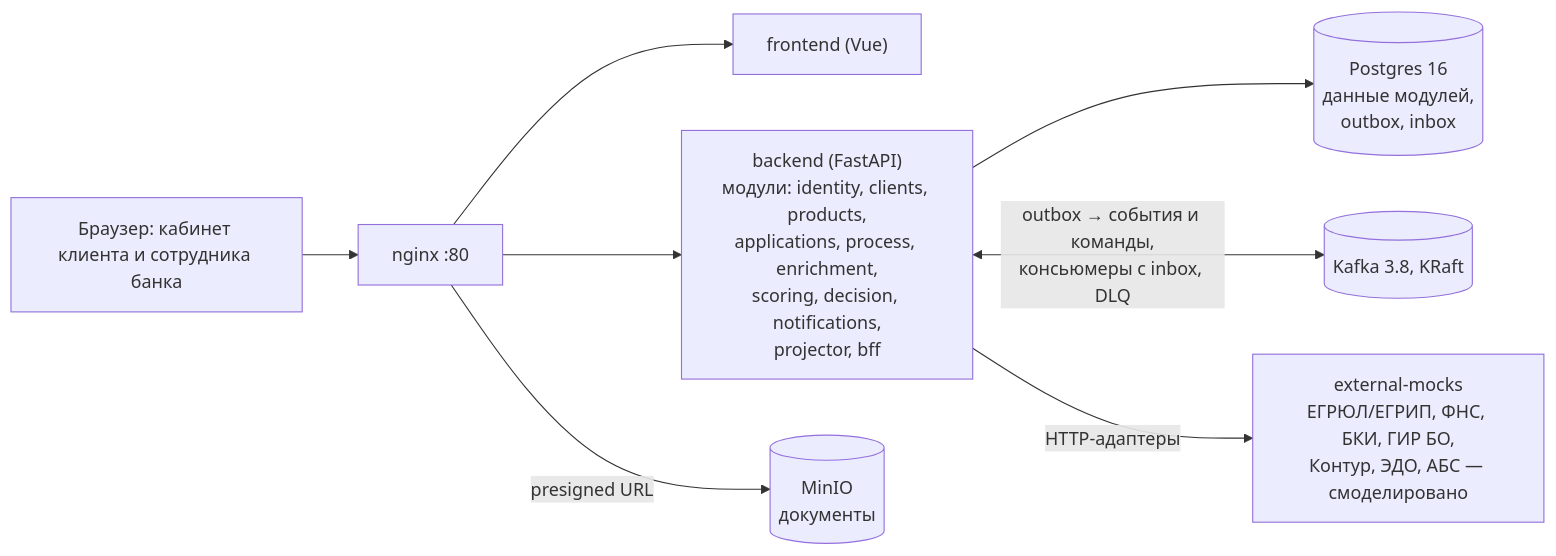
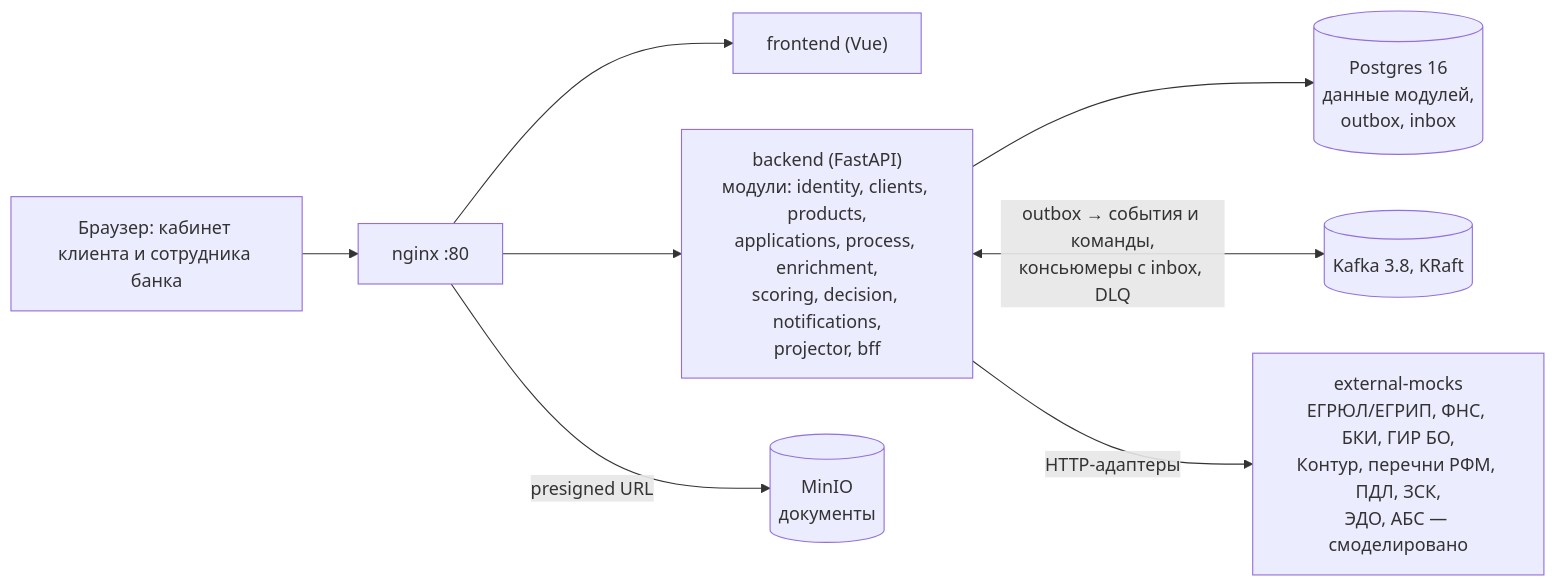
The diagram in README.md (1nsanexeEZ/hackaton_alfabank_2026), drawn with Mermaid before and after one commit. The commit also changed other lines of this file and 5 other files, not shown here.

````diff
--- a/README.md
+++ b/README.md
@@ -24,10 +24,10 @@
 ```mermaid
 flowchart LR
     Browser["Браузер: кабинет клиента и сотрудника банка"] --> Nginx["nginx :80"]
     Nginx --> Frontend["frontend (Vue)"]
     Nginx --> Backend["backend (FastAPI)<br/>модули: identity, clients, products,<br/>applications, process, enrichment,<br/>scoring, decision, notifications,<br/>projector, bff"]
     Nginx -->|presigned URL| MinIO[("MinIO<br/>документы")]
     Backend --> Postgres[("Postgres 16<br/>данные модулей,<br/>outbox, inbox")]
     Backend <-->|outbox → события и команды,<br/>консьюмеры с inbox, DLQ| Kafka[("Kafka 3.8, KRaft")]
-    Backend -->|HTTP-адаптеры| Mocks["external-mocks<br/>ЕГРЮЛ/ЕГРИП, ФНС, БКИ, ГИР БО,<br/>Контур, ЭДО, АБС — смоделировано"]
+    Backend -->|HTTP-адаптеры| Mocks["external-mocks<br/>ЕГРЮЛ/ЕГРИП, ФНС, БКИ, ГИР БО,<br/>Контур, перечни РФМ, ПДЛ, ЗСК,<br/>ЭДО, АБС — смоделировано"]
 ```
````
